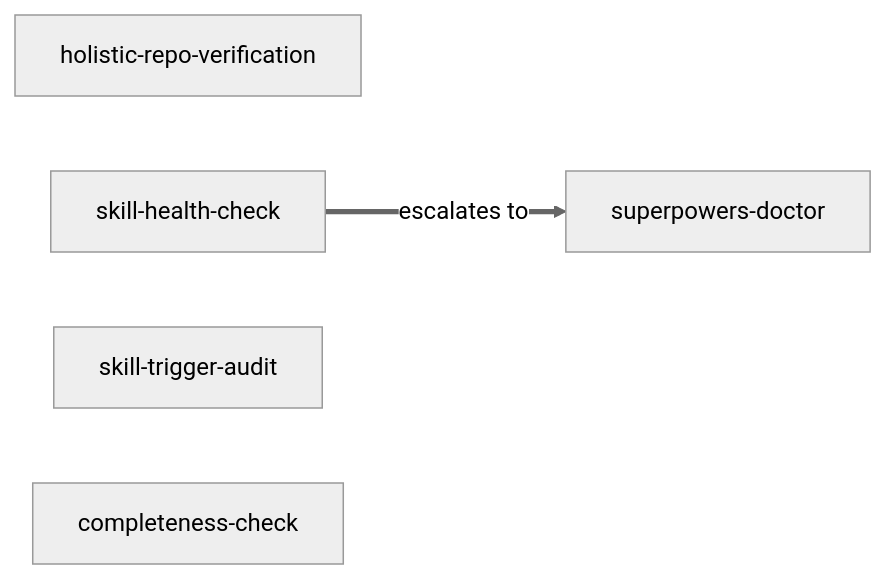
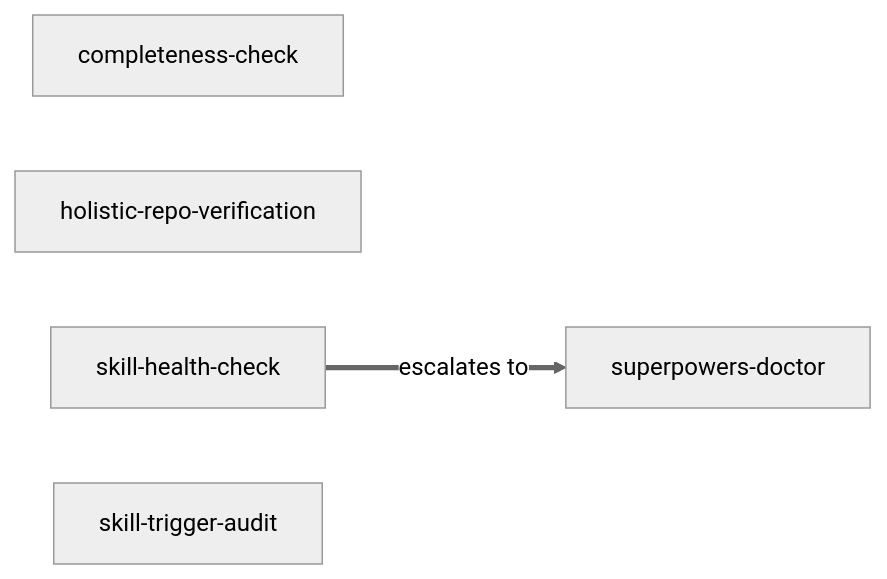
Before and after one commit to bordenet/superpowers-plus: diagram 11 of 27 in docs/skill-dependency-graph.md, drawn with Mermaid (neutral theme). The commit also changed other lines of this file and 6 other files, not shown here.

````diff
--- a/docs/skill-dependency-graph.md
+++ b/docs/skill-dependency-graph.md
@@ -210,9 +210,9 @@
 ```mermaid
 flowchart LR
+  completeness_check["completeness-check"]
   holistic_repo_verification["holistic-repo-verification"]
   skill_health_check["skill-health-check"]
   skill_trigger_audit["skill-trigger-audit"]
   superpowers_doctor["superpowers-doctor"]
-  completeness_check["completeness-check"]
   skill_health_check ==>|escalates to| superpowers_doctor
 ```
````
